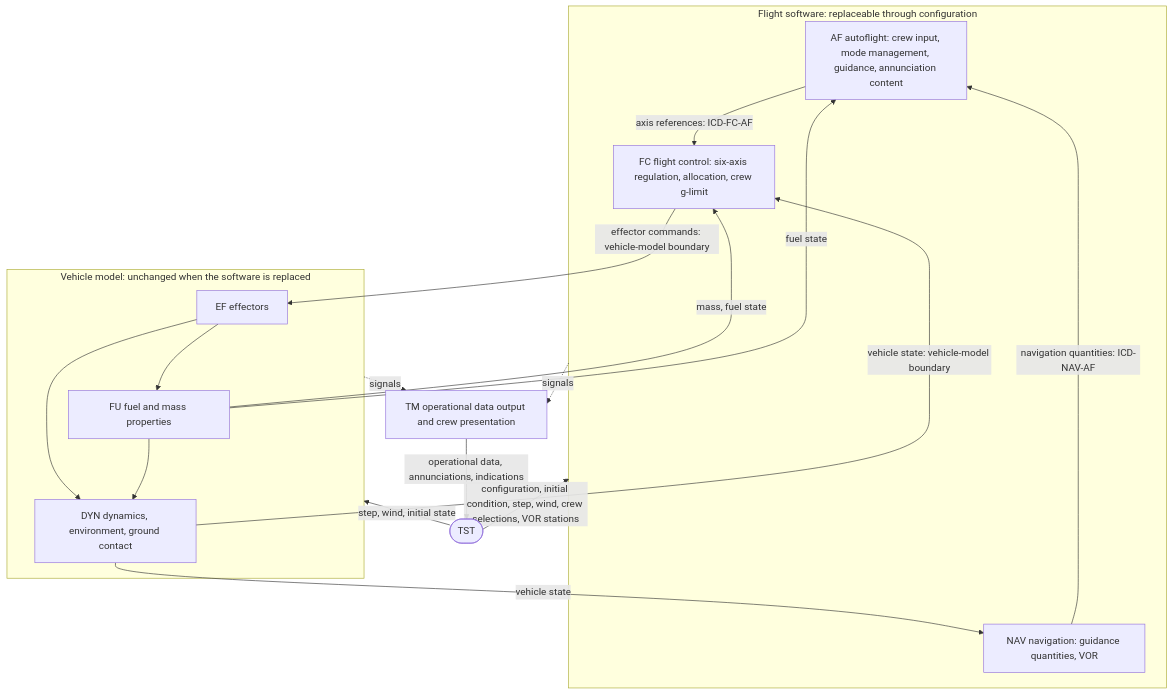
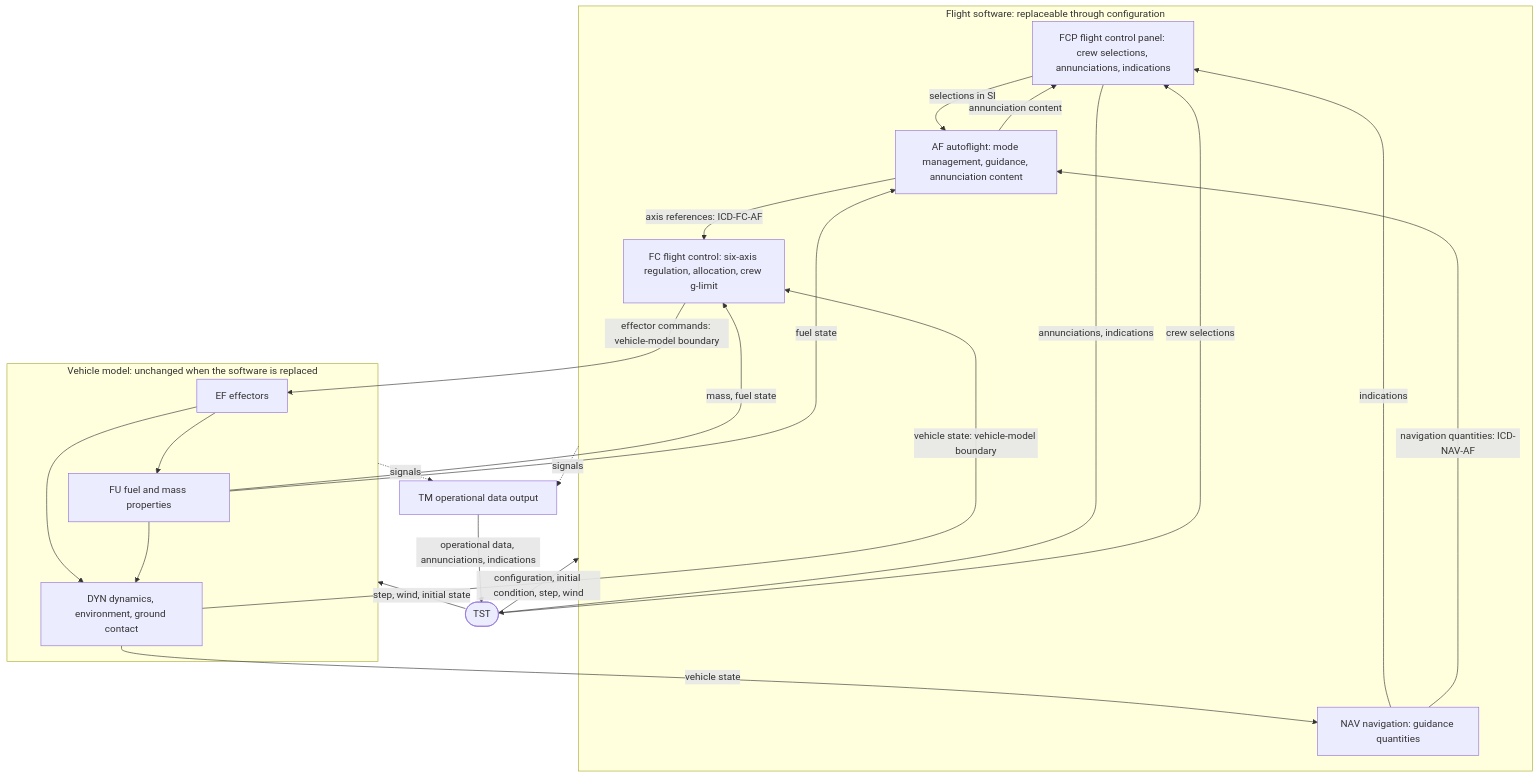
The second of 2 diagrams in specs/FUNCTIONAL_ANALYSIS.md (truffio/aircraft), drawn with Mermaid before and after one commit. The commit also changed other lines of this file and 11 other files, not shown here.

````diff
--- a/specs/FUNCTIONAL_ANALYSIS.md
+++ b/specs/FUNCTIONAL_ANALYSIS.md
@@ -179,30 +179,36 @@
 ```mermaid
 flowchart TB
   subgraph SW[Flight software: replaceable through configuration]
-    AF[AF autoflight: crew input, mode management, guidance, annunciation content]
-    NAV[NAV navigation: guidance quantities, VOR]
+    FCP[FCP flight control panel: crew selections, annunciations, indications]
+    AF[AF autoflight: mode management, guidance, annunciation content]
+    NAV[NAV navigation: guidance quantities]
     FC[FC flight control: six-axis regulation, allocation, crew g-limit]
   end
   subgraph VM[Vehicle model: unchanged when the software is replaced]
     EF[EF effectors]
     FU[FU fuel and mass properties]
     DYN[DYN dynamics, environment, ground contact]
   end
-  TM[TM operational data output and crew presentation]
+  TM[TM operational data output]
   TST([TST])
-  TST -- configuration, initial condition, step, wind, crew selections, VOR stations --> SW
+  TST -- configuration, initial condition, step, wind --> SW
+  TST -- crew selections --> FCP
+  FCP -- selections in SI --> AF
+  AF -- annunciation content --> FCP
+  NAV -- indications --> FCP
+  FCP -- annunciations, indications --> TST
   TST -- step, wind, initial state --> VM
   AF -- axis references: ICD-FC-AF --> FC
   NAV -- navigation quantities: ICD-NAV-AF --> AF
   FC -- effector commands: vehicle-model boundary --> EF
   DYN -- vehicle state: vehicle-model boundary --> FC
   DYN -- vehicle state --> NAV
   FU -- mass, fuel state --> FC
   FU -- fuel state --> AF
   EF --> DYN
   FU --> DYN
   EF --> FU
   SW -. signals .-> TM
   VM -. signals .-> TM
   TM -- operational data, annunciations, indications --> TST
 ```
````
